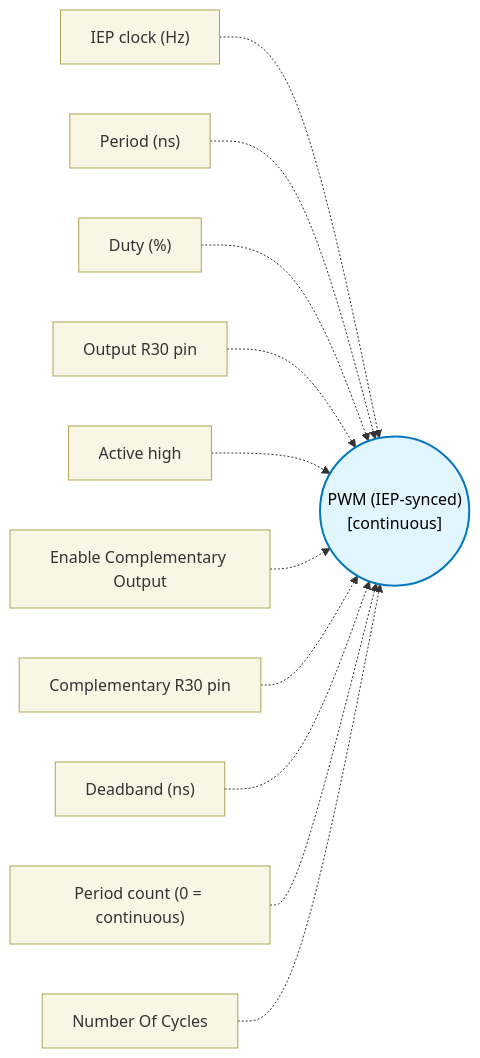
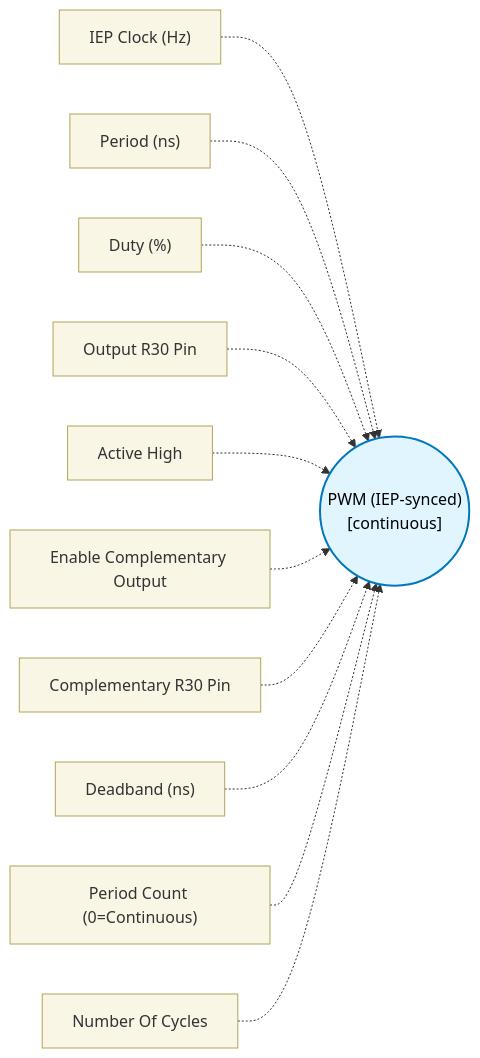
The diagram in docs/block-reference/blocks/pwm_block/design.md (TexasInstruments/pru-no-code-tool), drawn with Mermaid before and after one commit. The commit also changed other lines of this file and 89 other files, not shown here.

````diff
--- a/docs/block-reference/blocks/pwm_block/design.md
+++ b/docs/block-reference/blocks/pwm_block/design.md
@@ -11,16 +11,16 @@
 ```mermaid
 flowchart LR
   classDef config fill:#f9f6e5,stroke:#b1a457,stroke-width:1px,color:#333;
   classDef core fill:#e1f5fe,stroke:#0277bd,stroke-width:2px,color:#000;
   CORE(("PWM (IEP-synced)\n[continuous]")):::core
-  CFG0["IEP clock (Hz)"]:::config -.-> CORE
+  CFG0["IEP Clock (Hz)"]:::config -.-> CORE
   CFG1["Period (ns)"]:::config -.-> CORE
   CFG2["Duty (%)"]:::config -.-> CORE
-  CFG3["Output R30 pin"]:::config -.-> CORE
-  CFG4["Active high"]:::config -.-> CORE
+  CFG3["Output R30 Pin"]:::config -.-> CORE
+  CFG4["Active High"]:::config -.-> CORE
   CFG5["Enable Complementary Output"]:::config -.-> CORE
-  CFG6["Complementary R30 pin"]:::config -.-> CORE
+  CFG6["Complementary R30 Pin"]:::config -.-> CORE
   CFG7["Deadband (ns)"]:::config -.-> CORE
-  CFG8["Period count (0 = continuous)"]:::config -.-> CORE
+  CFG8["Period Count (0=Continuous)"]:::config -.-> CORE
   CFG9["Number Of Cycles"]:::config -.-> CORE
 ```
````
